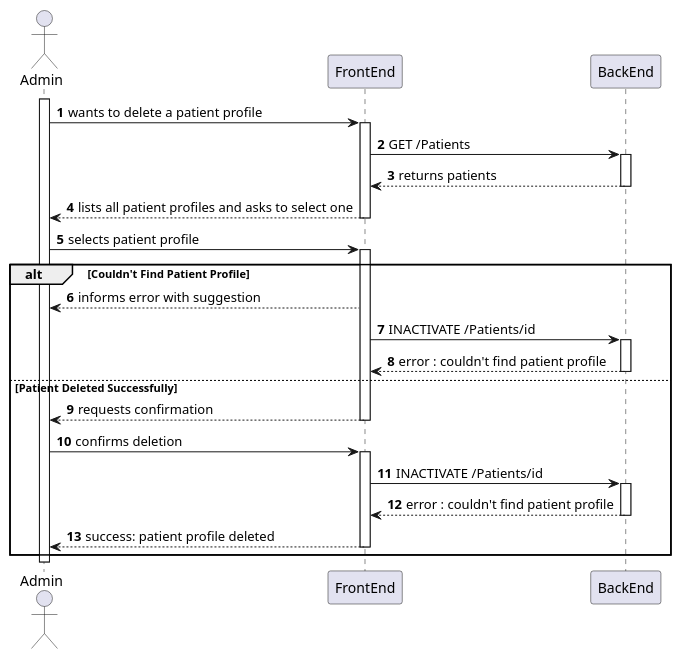
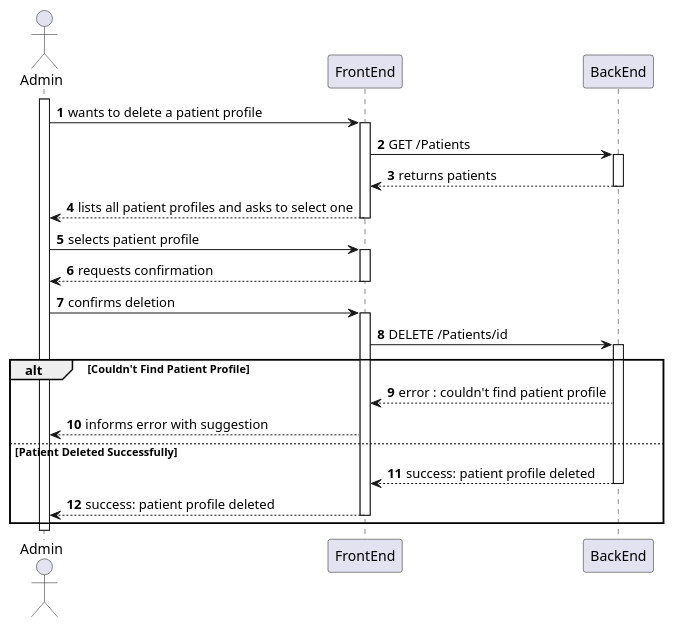
Before and after one commit to MiguelCardoso77/SurgicalSync-BackEnd: the diagram in Wiki/SprintA/diagrams/use-cases/14-delete-patient-profile/level2/process-view.puml, drawn with PlantUML. The commit also changed 2 other files, not shown here.

```diff
--- a/Wiki/SprintA/diagrams/use-cases/14-delete-patient-profile/level2/process-view.puml
+++ b/Wiki/SprintA/diagrams/use-cases/14-delete-patient-profile/level2/process-view.puml
@@ -1,52 +1,49 @@
 @startuml
 autonumber
 
 actor "Admin" as USER
 
 participant "FrontEnd" as FE
 participant "BackEnd" as BE
 
 activate USER
 
     USER -> FE: wants to delete a patient profile
     activate FE
         
         FE -> BE : GET /Patients
         activate BE
             
             BE --> FE : returns patients
         deactivate BE
         
         FE --> USER :  lists all patient profiles and asks to select one
     deactivate FE
         
     USER -> FE : selects patient profile
     activate FE
     
-alt Couldn't Find Patient Profile
-        FE --> USER : informs error with suggestion
-        
-        FE -> BE : INACTIVATE /Patients/id
-        activate BE
-        
-            BE --> FE : error : couldn't find patient profile
-        deactivate BE
-        
-else Patient Deleted Successfully
         FE --> USER : requests confirmation
         deactivate FE
         
-        USER -> FE :  confirms deletion
-        activate FE
+    USER -> FE : confirms deletion
+    activate FE
         
-        FE -> BE : INACTIVATE /Patients/id
+        FE -> BE : DELETE /Patients/id
         activate BE
         
+alt Couldn't Find Patient Profile           
             BE --> FE : error : couldn't find patient profile
+            
+        FE --> USER : informs error with suggestion
+        
+else Patient Deleted Successfully
+        
+            BE --> FE : success: patient profile deleted
         deactivate BE
                 
         FE --> USER : success: patient profile deleted
         deactivate FE
 end
 deactivate USER
 @enduml
```
